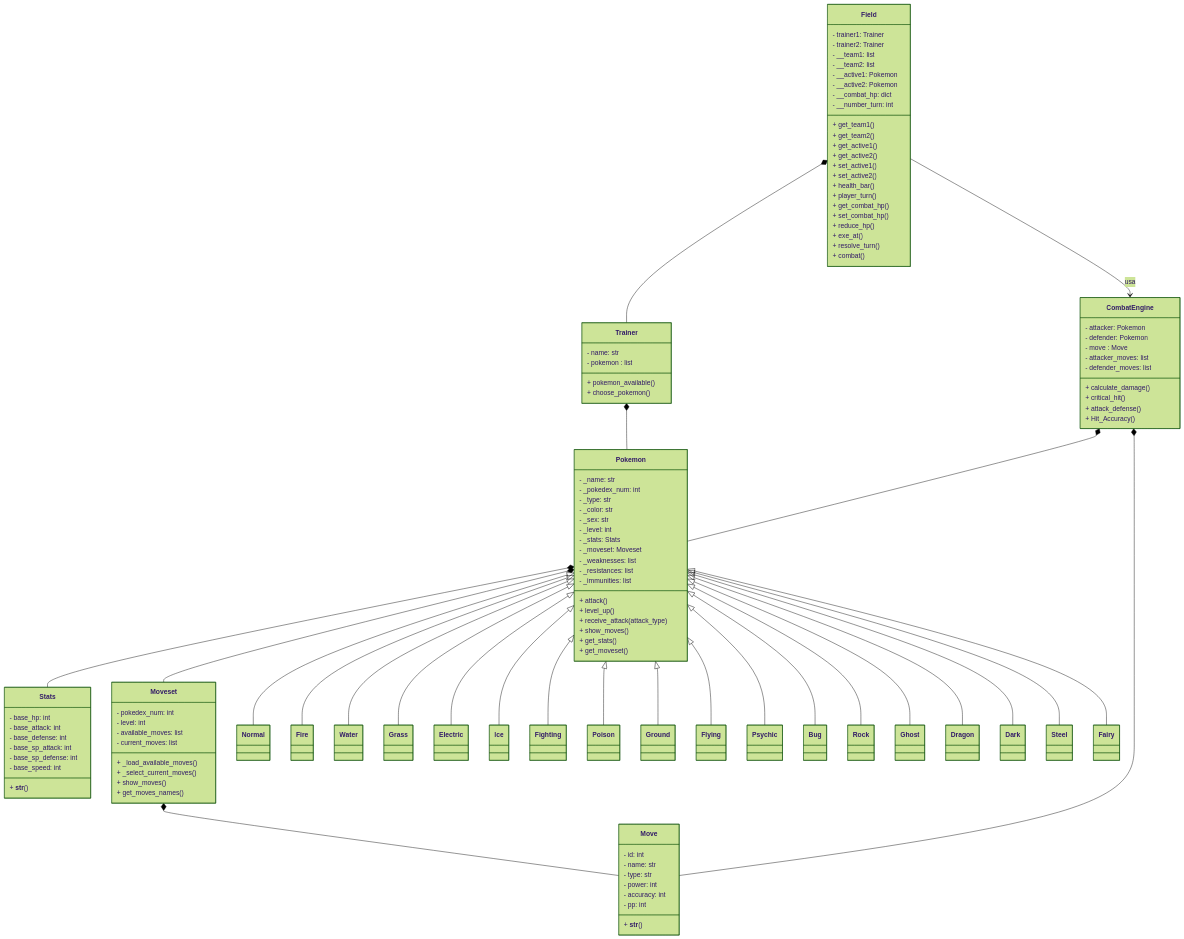
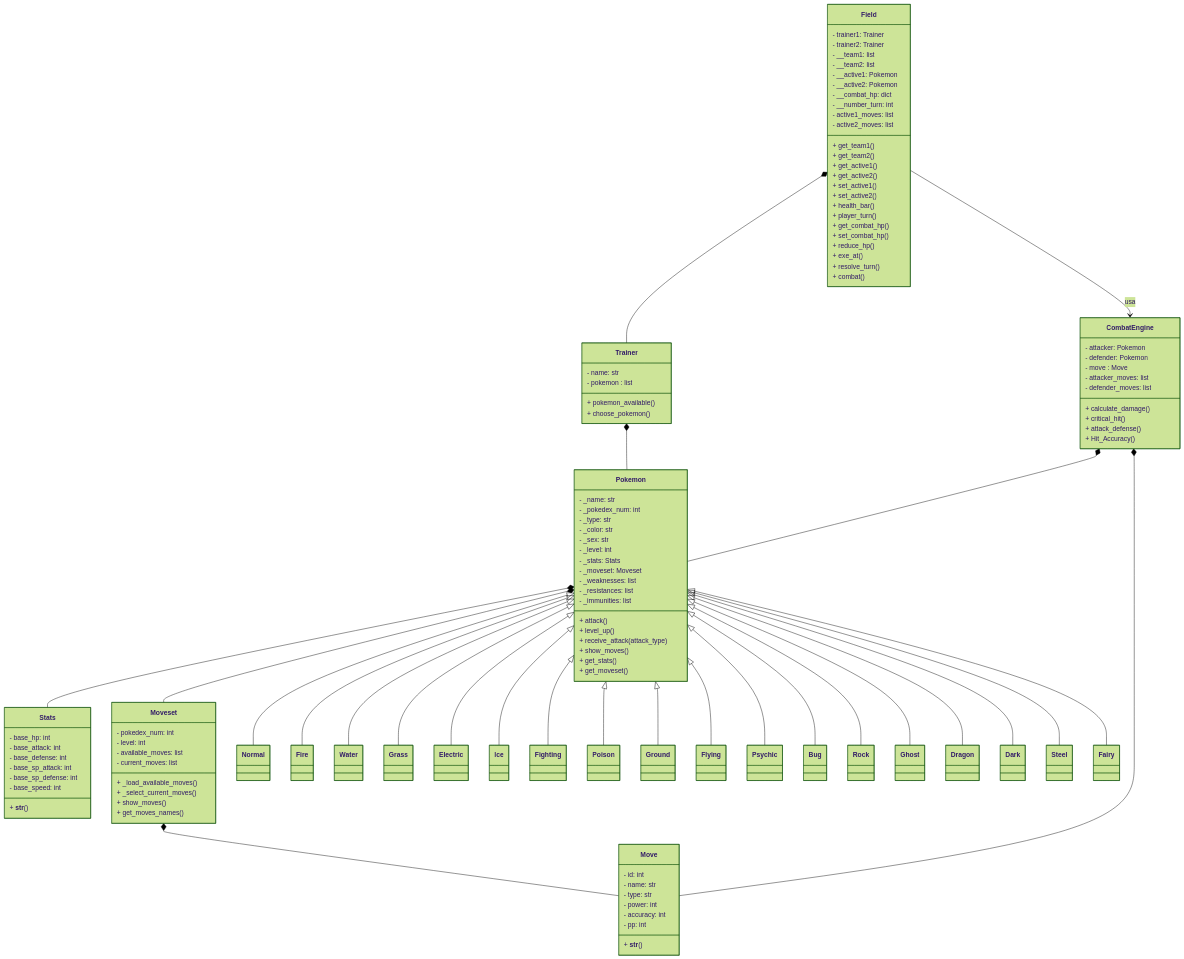
Before and after one commit to felipeg17/poke-repo: the diagram in README.md, drawn with Mermaid (forest theme).

Commit message:
Add active moves lists to README

```diff
--- a/README.md
+++ b/README.md
@@ -91,6 +91,8 @@
     - __active2: Pokemon
     - __combat_hp: dict
     - __number_turn: int
+    - active1_moves: list
+    - active2_moves: list
     + get_team1()
     + get_team2()
     + get_active1()
```
